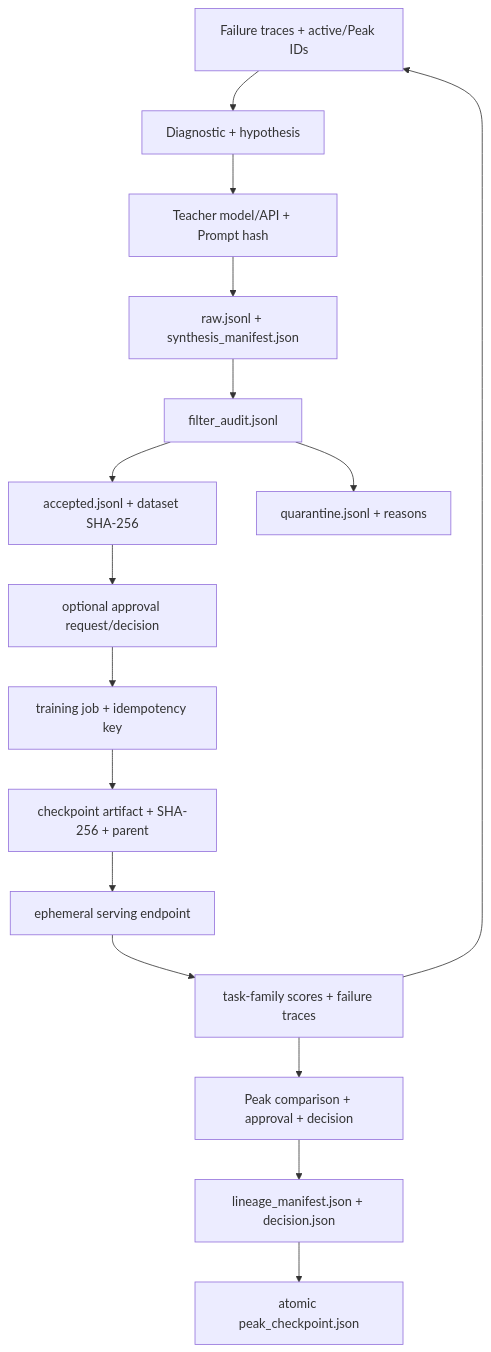
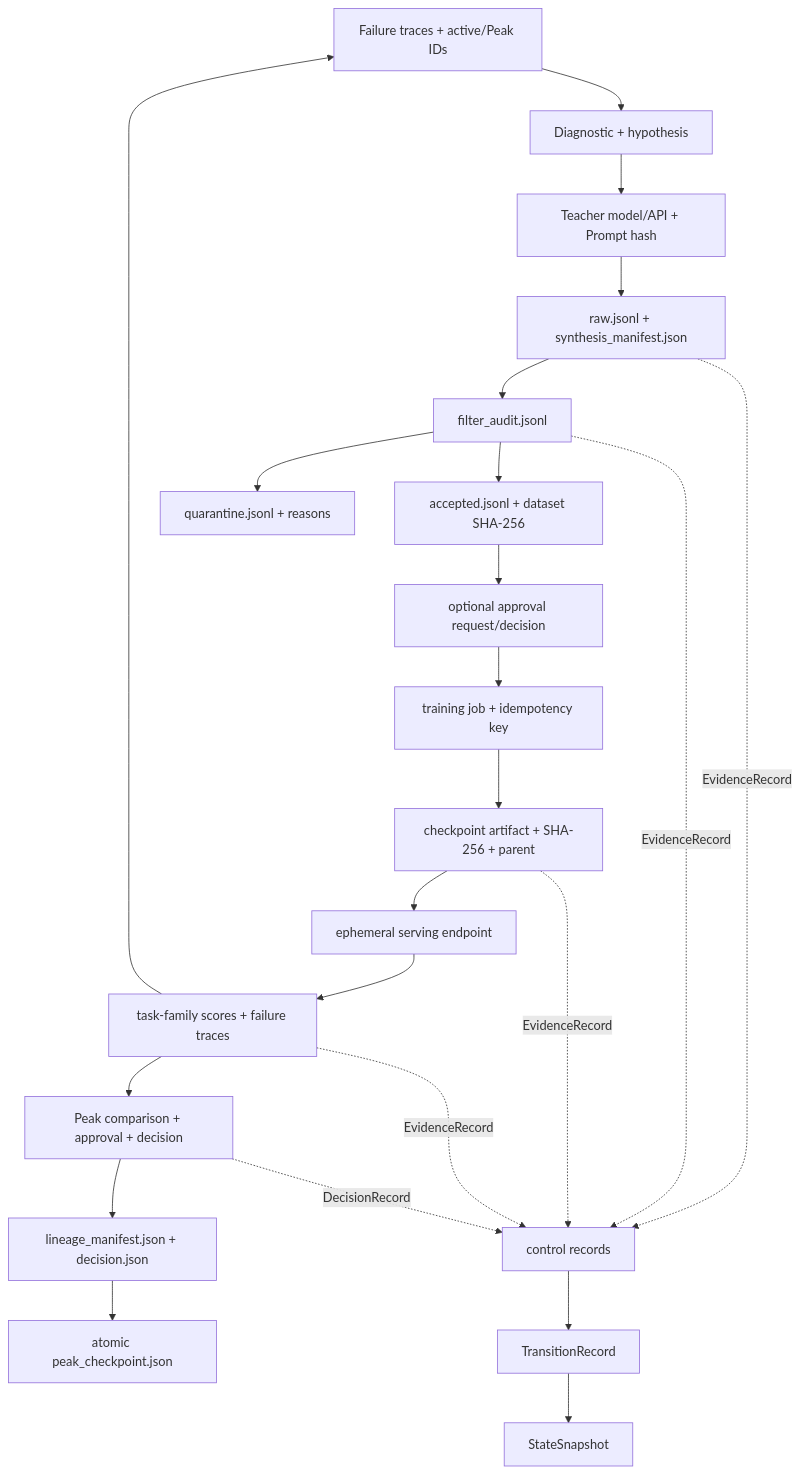
The sixth of 6 diagrams in README.md (ed3c/post-training-rsi-pipeline), drawn with Mermaid before and after one commit. The commit also changed other lines of this file, not shown here.

Commit message:
docs(readme): index schema-v1 control contracts and active PR stack

````diff
--- a/README.md
+++ b/README.md
@@ -221,18 +272,26 @@
 ```mermaid
 flowchart TD
     FT[Failure traces + active/Peak IDs] --> DH[Diagnostic + hypothesis]
     DH --> TP[Teacher model/API + Prompt hash]
     TP --> RAW[raw.jsonl + synthesis_manifest.json]
     RAW --> FD[filter_audit.jsonl]
     FD --> ACC[accepted.jsonl + dataset SHA-256]
     FD --> Q[quarantine.jsonl + reasons]
     ACC --> AR[optional approval request/decision]
     AR --> TJ[training job + idempotency key]
     TJ --> CK[checkpoint artifact + SHA-256 + parent]
     CK --> EP[ephemeral serving endpoint]
     EP --> EV[task-family scores + failure traces]
     EV --> DC[Peak comparison + approval + decision]
     DC --> LM[lineage_manifest.json + decision.json]
     LM --> PP[atomic peak_checkpoint.json]
     EV --> FT
+
+    RAW -. EvidenceRecord .-> CR[control records]
+    FD -. EvidenceRecord .-> CR
+    CK -. EvidenceRecord .-> CR
+    EV -. EvidenceRecord .-> CR
+    DC -. DecisionRecord .-> CR
+    CR --> TR[TransitionRecord]
+    TR --> SS[StateSnapshot]
 ```
````
